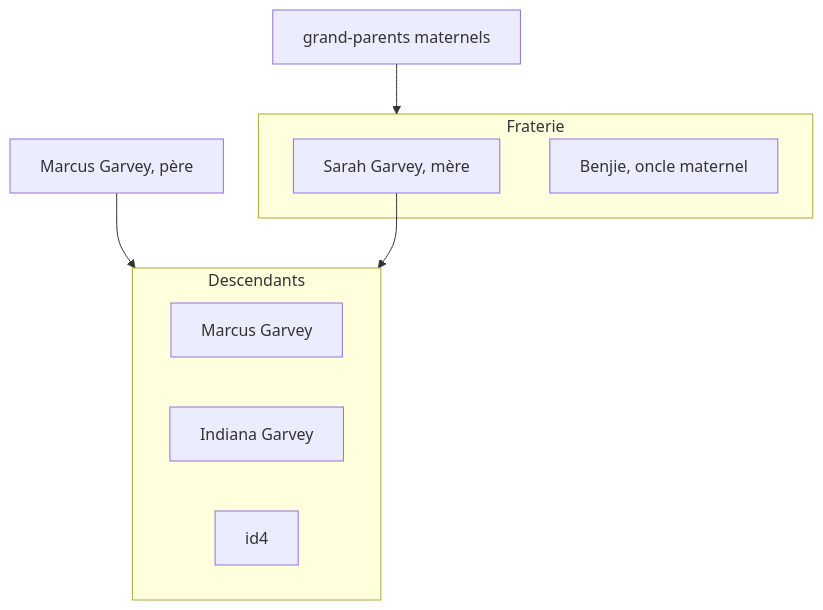
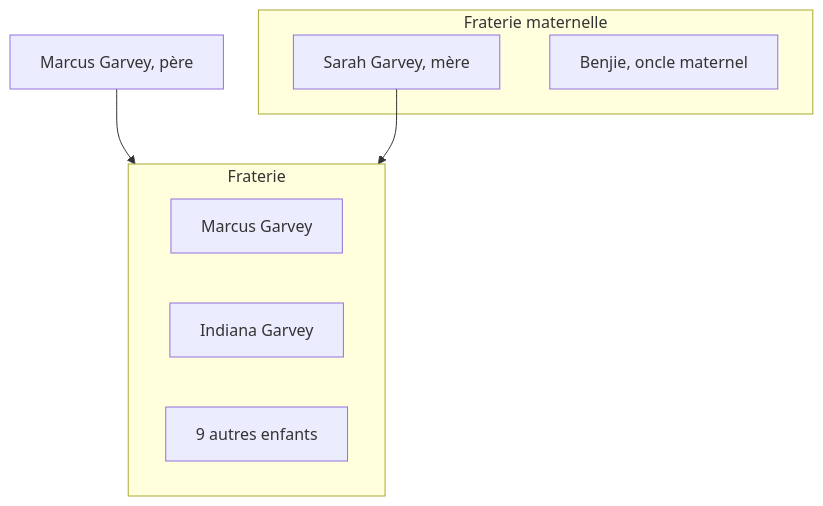
The diagram in en-cours/personnalite/homme/polymathe/caraibes/midi/colonie/xamayca/marcus-gavey.md (ba-moun/Ba-Moun-Save), drawn with Mermaid before and after one commit. The commit also changed other lines of this file, not shown here.

Commit message:
docs: update en-cours/personnalite/homme/polymathe/caraibes/midi/colonie/xamayca/marcus-gavey

````diff
--- a/en-cours/personnalite/homme/polymathe/caraibes/midi/colonie/xamayca/marcus-gavey.md
+++ b/en-cours/personnalite/homme/polymathe/caraibes/midi/colonie/xamayca/marcus-gavey.md
@@ -34,22 +34,19 @@
 ```mermaid
 flowchart TD
    id0[Marcus Garvey, père]
-   id5[grand-parents maternels]
    
-   subgraph Descendants
+   subgraph Fraterie
       id1[Marcus Garvey]
       id3[Indiana Garvey]
-      id4
-      
+      id4[9 autres enfants]
    end
    
-   subgraph Fraterie
+   subgraph Fraterie maternelle
       id2[Sarah Garvey, mère]
       id6[Benjie, oncle maternel]
    end
    
-   id0 --> Descendants
-   id2 --> Descendants
-   id5 --> Fraterie
+   id0 --> Fraterie
+   id2 --> Fraterie
    
 ```
````
